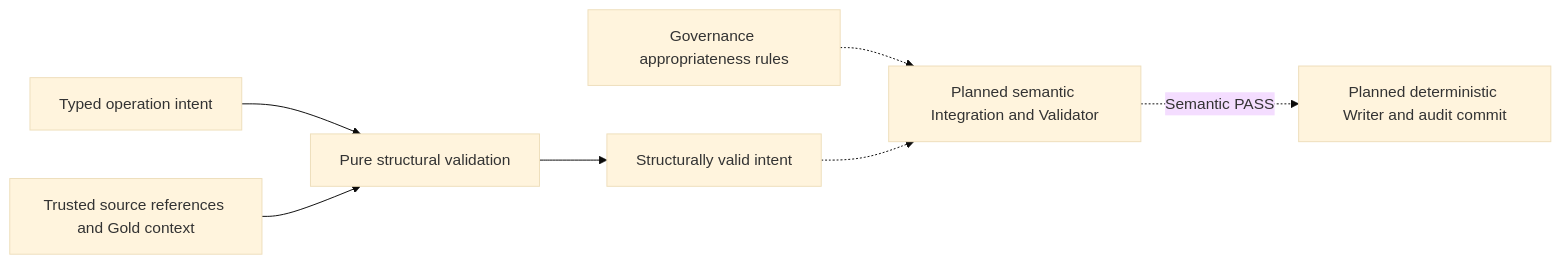
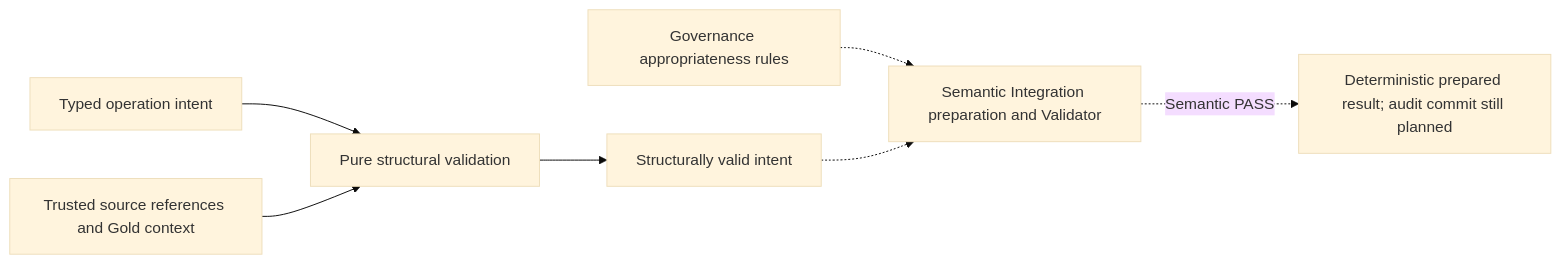
Before and after one commit to alexander-rewitzer/league-knowledge-platform: the fourth of 8 diagrams in docs/architecture.md, drawn with Mermaid (base theme). The commit also changed other lines of this file and 18 other files, not shown here.

````diff
--- a/docs/architecture.md
+++ b/docs/architecture.md
@@ -132,9 +135,9 @@
 ```mermaid
 flowchart LR
     O["Typed operation intent"] --> V["Pure structural validation"]
     S["Trusted source references and Gold context"] --> V
     V --> I["Structurally valid intent"]
-    R["Governance appropriateness rules"] -.-> P["Planned semantic Integration and Validator"]
+    R["Governance appropriateness rules"] -.-> P["Semantic Integration preparation and Validator"]
     I -.-> P
-    P -. "Semantic PASS" .-> W["Planned deterministic Writer and audit commit"]
+    P -. "Semantic PASS" .-> W["Deterministic prepared result; audit commit still planned"]
 ```
````
